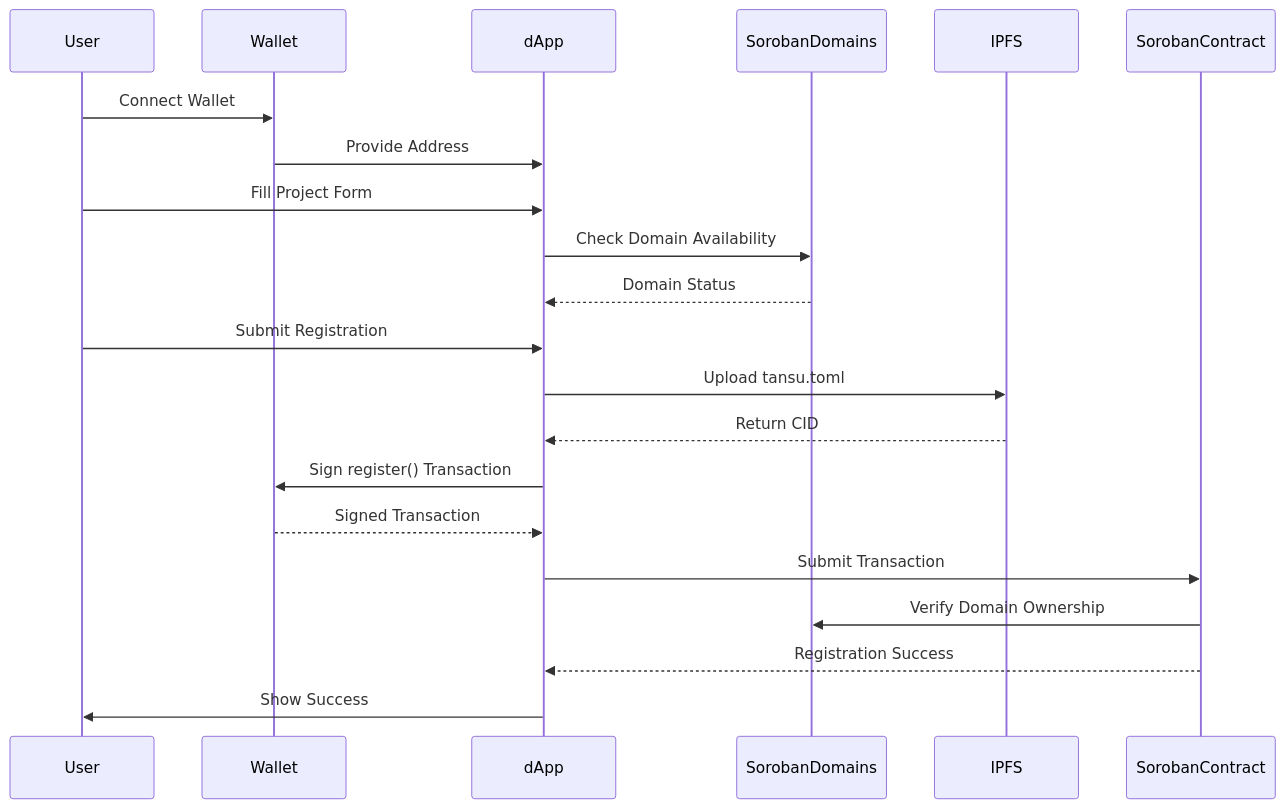
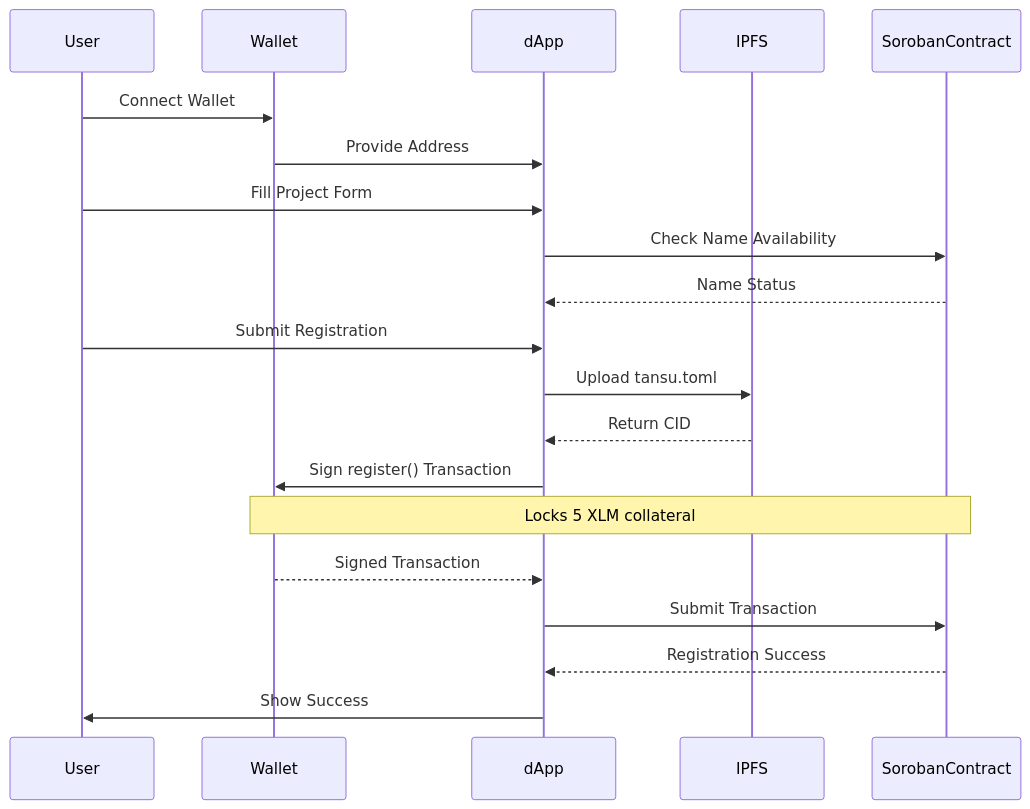
Before and after one commit to Oluwatos94/tansu: the second of 6 diagrams in website/docs/developers/user_flows.mdx, drawn with Mermaid. The commit also changed other lines of this file and 21 other files, not shown here.

````diff
--- a/website/docs/developers/user_flows.mdx
+++ b/website/docs/developers/user_flows.mdx
@@ -54,24 +54,23 @@
 ```mermaid
 sequenceDiagram
   participant U as User
   participant W as Wallet
   participant D as dApp
-  participant SD as SorobanDomains
   participant IPFS as IPFS
   participant SC as SorobanContract
 
   U->>W: Connect Wallet
   W->>D: Provide Address
   U->>D: Fill Project Form
-  D->>SD: Check Domain Availability
-  SD-->>D: Domain Status
+  D->>SC: Check Name Availability
+  SC-->>D: Name Status
   U->>D: Submit Registration
   D->>IPFS: Upload tansu.toml
   IPFS-->>D: Return CID
   D->>W: Sign register() Transaction
+  Note over W,SC: Locks 5 XLM collateral
   W-->>D: Signed Transaction
   D->>SC: Submit Transaction
-  SC->>SD: Verify Domain Ownership
   SC-->>D: Registration Success
   D->>U: Show Success
 ```
````
